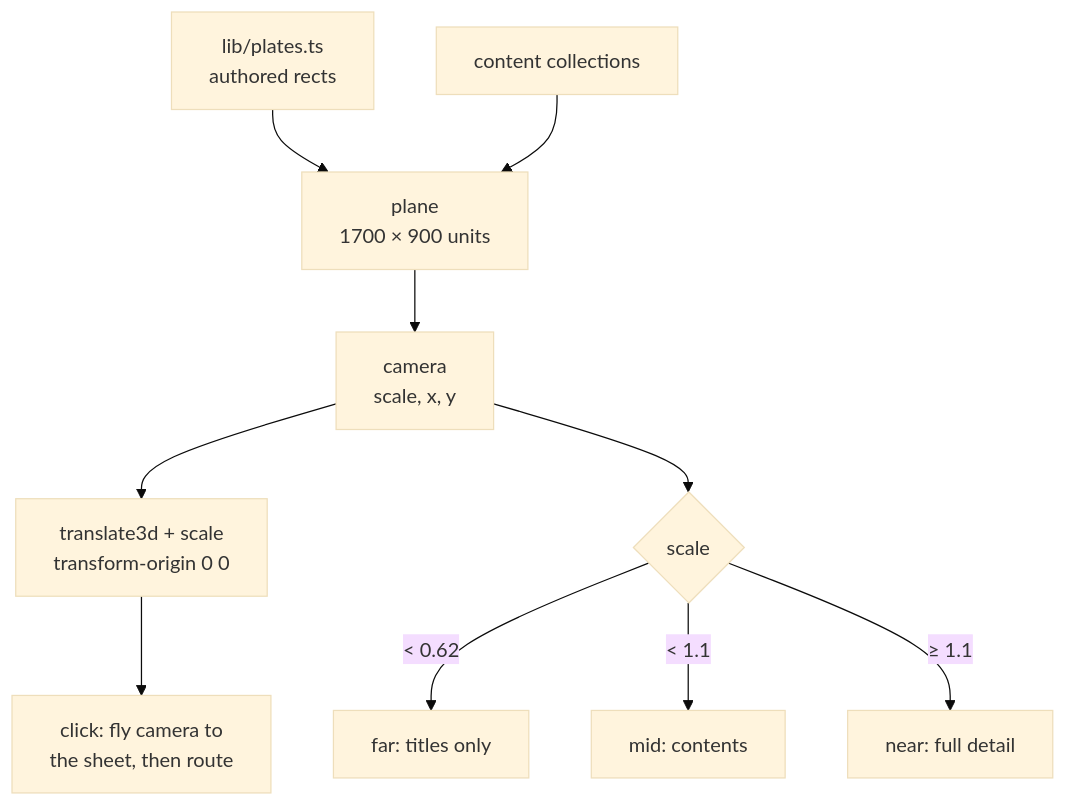
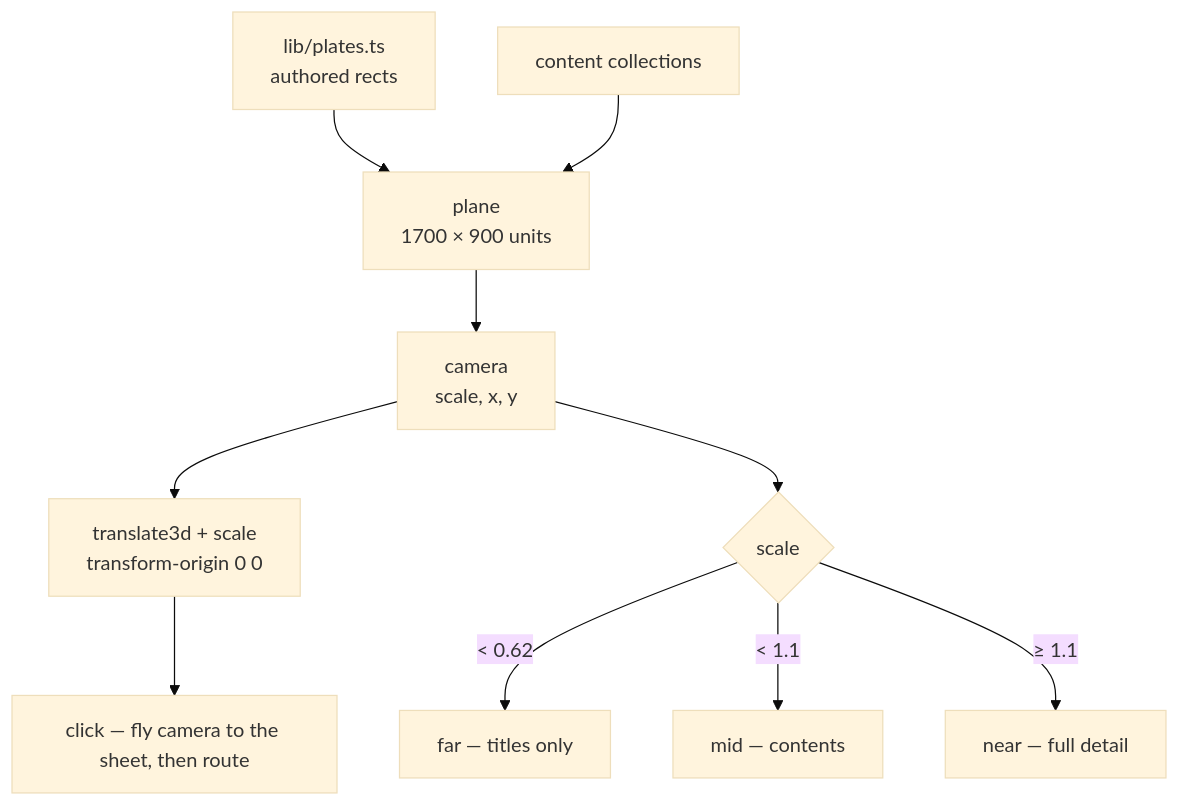
One commit to ax5hay/akshaybajpai.com changed the second of 5 diagrams in README.md. Above: the diagram before and after it, drawn with Mermaid (base theme). The commit also changed other lines of this file and 3 other files, not shown here.

````diff
--- a/README.md
+++ b/README.md
@@ -139,12 +208,12 @@
 ```mermaid
 flowchart TD
   REG["lib/plates.ts<br/>authored rects"] --> PLANE["plane<br/>1700 × 900 units"]
   CONTENT["content collections"] --> PLANE
   PLANE --> CAM["camera<br/>scale, x, y"]
   CAM --> XFORM["translate3d + scale<br/>transform-origin 0 0"]
   CAM --> LOD{"scale"}
-  LOD -->|"< 0.62"| FAR["far: titles only"]
-  LOD -->|"< 1.1"| MID["mid: contents"]
-  LOD -->|"≥ 1.1"| NEAR["near: full detail"]
-  XFORM --> FLY["click: fly camera to<br/>the sheet, then route"]
+  LOD -->|"< 0.62"| FAR["far — titles only"]
+  LOD -->|"< 1.1"| MID["mid — contents"]
+  LOD -->|"≥ 1.1"| NEAR["near — full detail"]
+  XFORM --> FLY["click — fly camera to the sheet, then route"]
 ```
````
